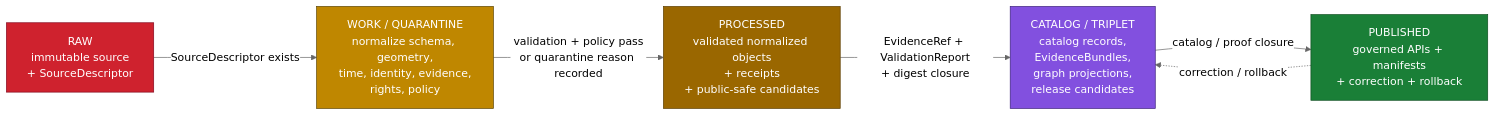
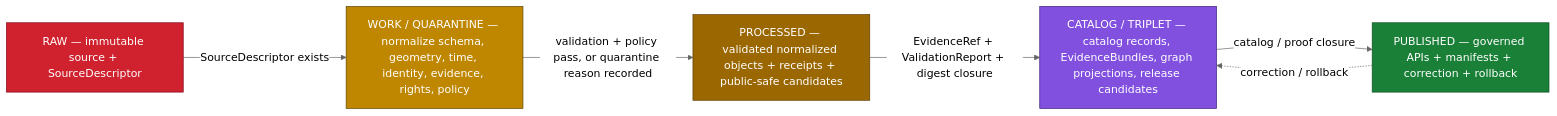
The third of 4 diagrams in docs/domains/roads-rail-trade/ARCHITECTURE.md (bartytime4life/Kansas-Frontier-Matrix), drawn with Mermaid (neutral theme) before and after one commit. The commit also changed other lines of this file, not shown here.

Commit message:
Update ARCHITECTURE.md to version v2

````diff
--- a/docs/domains/roads-rail-trade/ARCHITECTURE.md
+++ b/docs/domains/roads-rail-trade/ARCHITECTURE.md
@@ -341,20 +343,18 @@
 ```mermaid
 flowchart LR
-  RAW["RAW<br/>immutable source<br/>+ SourceDescriptor"]:::raw
-  WORK["WORK / QUARANTINE<br/>normalize schema, geometry,<br/>time, identity, evidence,<br/>rights, policy"]:::work
-  PROC["PROCESSED<br/>validated normalized objects<br/>+ receipts<br/>+ public-safe candidates"]:::proc
-  CAT["CATALOG / TRIPLET<br/>catalog records,<br/>EvidenceBundles,<br/>graph projections,<br/>release candidates"]:::cat
-  PUB["PUBLISHED<br/>governed APIs + manifests<br/>+ correction + rollback"]:::pub
-
-  RAW -->|SourceDescriptor exists| WORK
-  WORK -->|validation + policy pass<br/>or quarantine reason recorded| PROC
-  PROC -->|EvidenceRef + ValidationReport<br/>+ digest closure| CAT
-  CAT -->|catalog / proof closure| PUB
-  PUB -. correction / rollback .-> CAT
-
+  RAW["RAW — immutable source + SourceDescriptor"]:::raw
+  WORK["WORK / QUARANTINE — normalize schema, geometry, time, identity, evidence, rights, policy"]:::work
+  PROC["PROCESSED — validated normalized objects + receipts + public-safe candidates"]:::proc
+  CAT["CATALOG / TRIPLET — catalog records, EvidenceBundles, graph projections, release candidates"]:::cat
+  PUB["PUBLISHED — governed APIs + manifests + correction + rollback"]:::pub
+  RAW -->|"SourceDescriptor exists"| WORK
+  WORK -->|"validation + policy pass, or quarantine reason recorded"| PROC
+  PROC -->|"EvidenceRef + ValidationReport + digest closure"| CAT
+  CAT -->|"catalog / proof closure"| PUB
+  PUB -. "correction / rollback" .-> CAT
   classDef raw fill:#cf222e,stroke:#82071e,color:#fff;
   classDef work fill:#bf8700,stroke:#5c4400,color:#fff;
   classDef proc fill:#9a6700,stroke:#5c3e00,color:#fff;
   classDef cat fill:#8250df,stroke:#3b1f7a,color:#fff;
   classDef pub fill:#1a7f37,stroke:#0e4d20,color:#fff;
 ```
````
